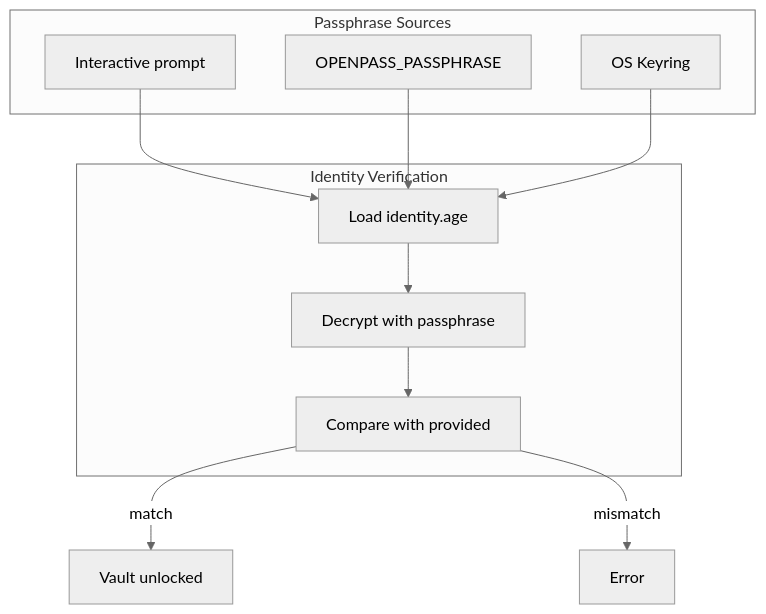
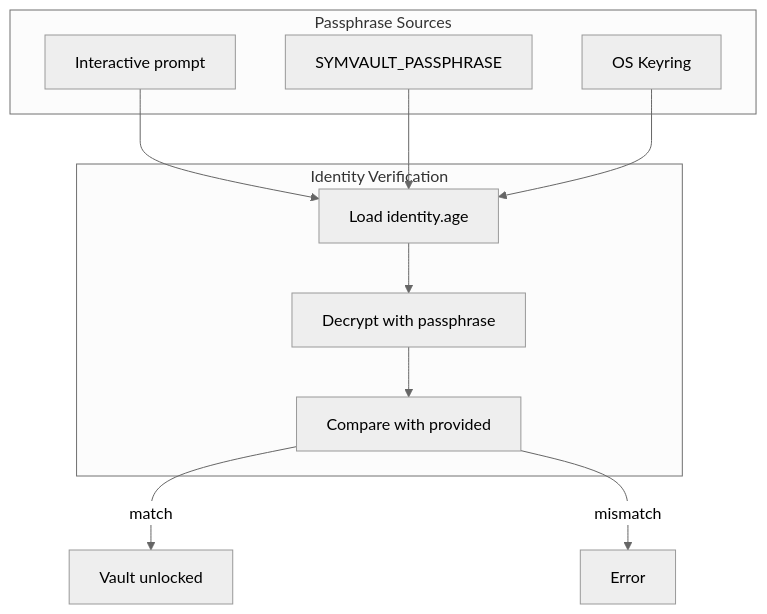
One commit to danieljustus/symaira-vault changed the eighth of 8 diagrams in ARCHITECTURE.md. Above: the diagram before and after it, drawn with Mermaid (neutral theme). The commit also changed other lines of this file and 54 other files, not shown here.

````diff
--- a/ARCHITECTURE.md
+++ b/ARCHITECTURE.md
@@ -339,22 +339,22 @@
 ```mermaid
 graph TD
     subgraph Sources["Passphrase Sources"]
         interactive["Interactive prompt"]
-        env["OPENPASS_PASSPHRASE"]
+        env["SYMVAULT_PASSPHRASE"]
         keyring["OS Keyring"]
     end
 
     subgraph Verification["Identity Verification"]
         load["Load identity.age"]
         decrypt["Decrypt with passphrase"]
         compare["Compare with provided"]
     end
 
     interactive --> load
     env --> load
     keyring --> load
     load --> decrypt
     decrypt --> compare
     compare -->|"match"| OK["Vault unlocked"]
     compare -->|"mismatch"| Fail["Error"]
 ```
````
